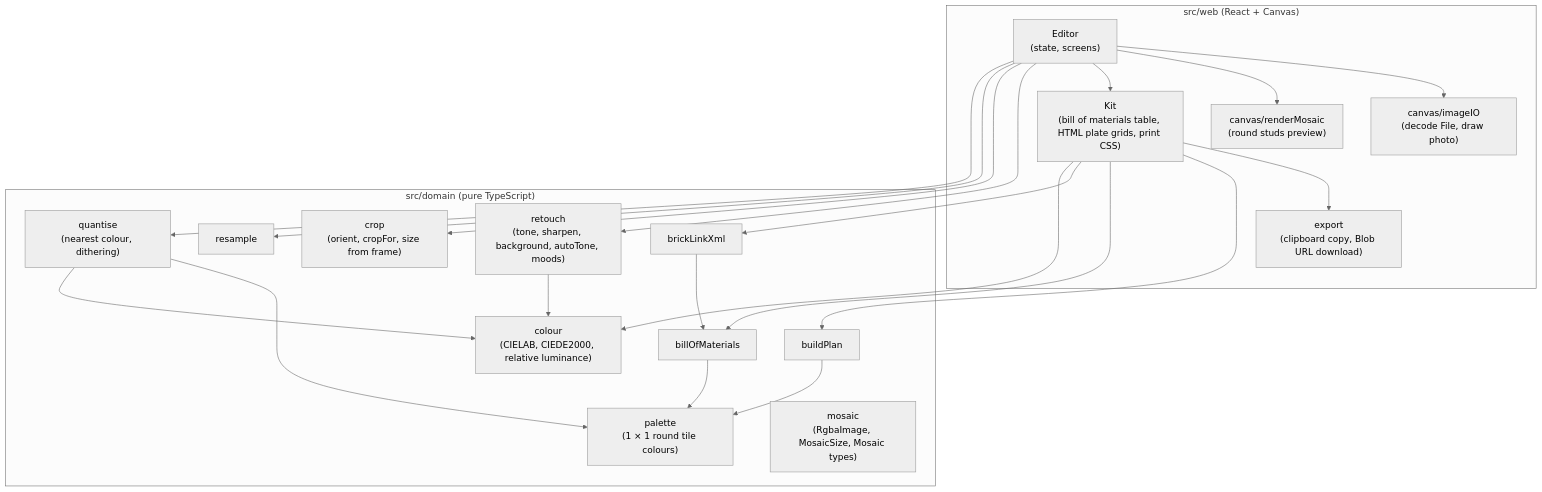
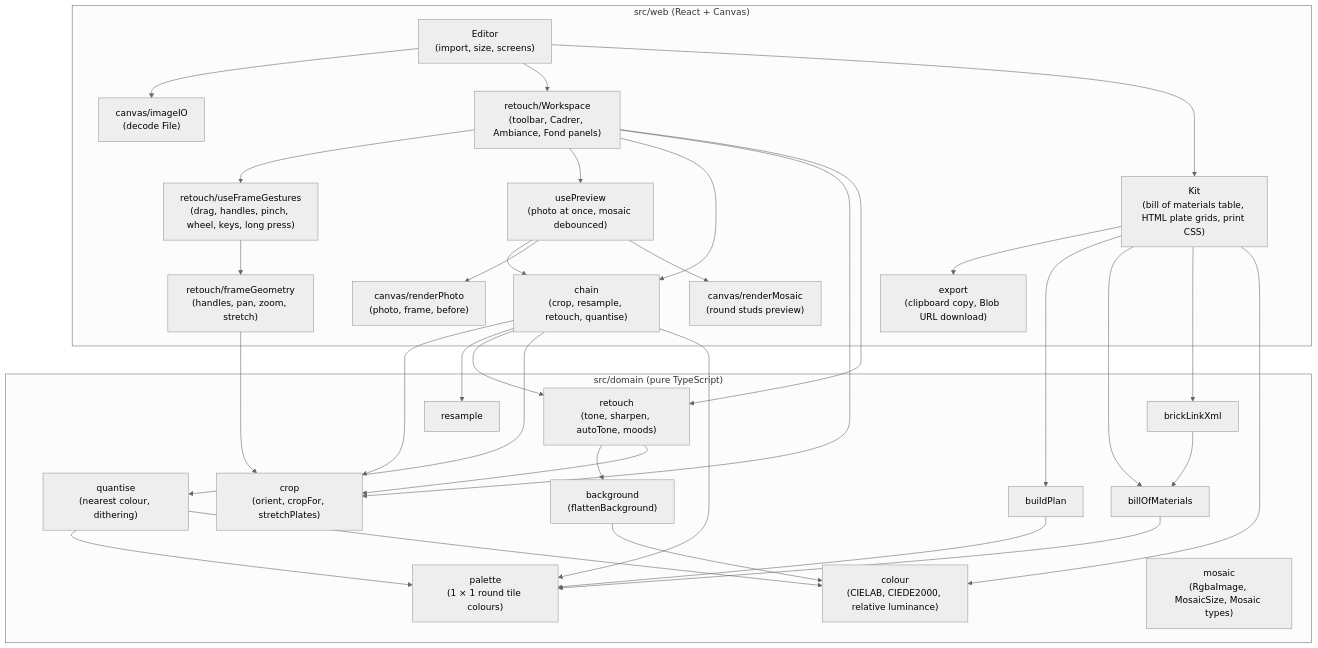
The diagram in docs/architecture/diagrams/mosaic/03-component.md (benoit-bremaud/brickpix), drawn with Mermaid (neutral theme) before and after one commit. The commit also changed other lines of this file and 8 other files, not shown here.

First line of the commit message:
fix(image): resolve the local review of the retouch brick

````diff
--- a/docs/architecture/diagrams/mosaic/03-component.md
+++ b/docs/architecture/diagrams/mosaic/03-component.md
@@ -10,42 +10,62 @@
 ```mermaid
 flowchart TB
     subgraph web["src/web (React + Canvas)"]
-        Editor["Editor<br/>(state, screens)"]
-        ImageIO["canvas/imageIO<br/>(decode File, draw photo)"]
+        Editor["Editor<br/>(import, size, screens)"]
+        Workspace["retouch/Workspace<br/>(toolbar, Cadrer, Ambiance, Fond panels)"]
+        Gestures["retouch/useFrameGestures<br/>(drag, handles, pinch, wheel, keys, long press)"]
+        Geometry["retouch/frameGeometry<br/>(handles, pan, zoom, stretch)"]
+        Preview["usePreview<br/>(photo at once, mosaic debounced)"]
+        Chain["chain<br/>(crop, resample, retouch, quantise)"]
+        ImageIO["canvas/imageIO<br/>(decode File)"]
+        Photo["canvas/renderPhoto<br/>(photo, frame, before)"]
         Render["canvas/renderMosaic<br/>(round studs preview)"]
         Kit["Kit<br/>(bill of materials table, HTML plate grids, print CSS)"]
         Export["export<br/>(clipboard copy, Blob URL download)"]
     end
 
     subgraph domain["src/domain (pure TypeScript)"]
-        Retouch["retouch<br/>(tone, sharpen, background, autoTone, moods)"]
-        Crop["crop<br/>(orient, cropFor, size from frame)"]
+        Crop["crop<br/>(orient, cropFor, stretchPlates)"]
+        Retouch["retouch<br/>(tone, sharpen, autoTone, moods)"]
+        Background["background<br/>(flattenBackground)"]
         Resample["resample"]
         Palette["palette<br/>(1 × 1 round tile colours)"]
         Quantise["quantise<br/>(nearest colour, dithering)"]
         Colour["colour<br/>(CIELAB, CIEDE2000, relative luminance)"]
         Mosaic["mosaic<br/>(RgbaImage, MosaicSize, Mosaic types)"]
         Plan["buildPlan"]
         Bom["billOfMaterials"]
         BrickLink["brickLinkXml"]
     end
 
     Editor --> ImageIO
-    Editor --> Render
+    Editor --> Workspace
     Editor --> Kit
+    Workspace --> Gestures
+    Workspace --> Preview
+    Workspace --> Chain
+    Workspace --> Crop
+    Workspace --> Retouch
+    Gestures --> Geometry
+    Geometry --> Crop
+    Preview --> Chain
+    Preview --> Photo
+    Preview --> Render
+    Chain --> Crop
+    Chain --> Resample
+    Chain --> Retouch
+    Chain --> Quantise
+    Chain --> Palette
+    Retouch --> Background
+    Retouch --> Crop
+    Background --> Colour
     Kit --> Export
-    Editor --> Retouch
-    Editor --> Crop
-    Retouch --> Colour
-    Editor --> Resample
-    Editor --> Quantise
     Kit --> Plan
     Kit --> Bom
     Kit --> BrickLink
     Kit --> Colour
     Quantise --> Palette
     Quantise --> Colour
     Bom --> Palette
     BrickLink --> Bom
     Plan --> Palette
 ```
````
